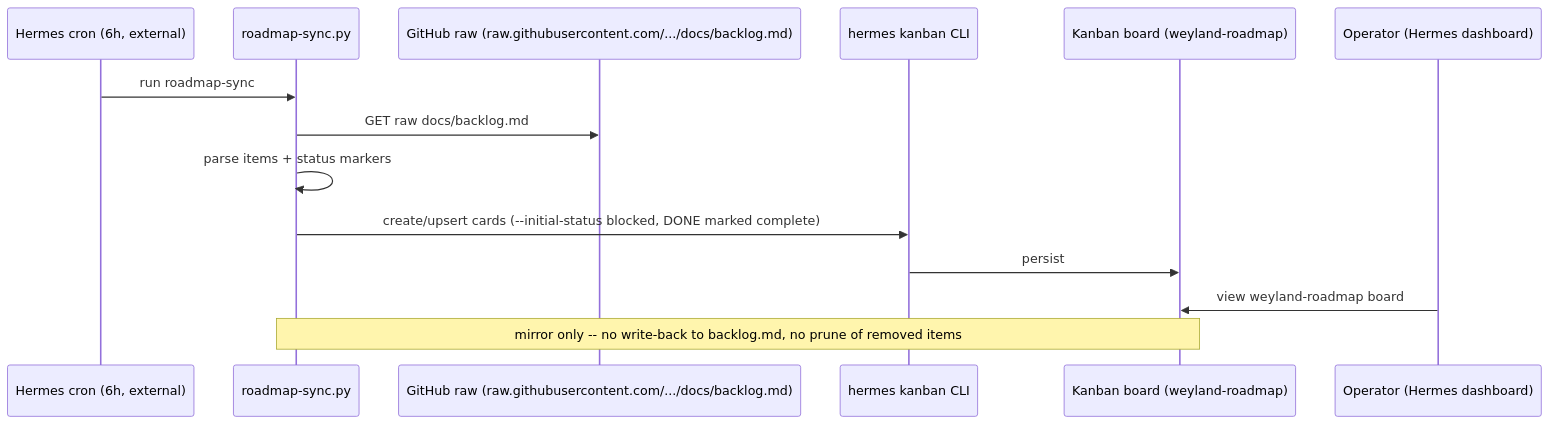
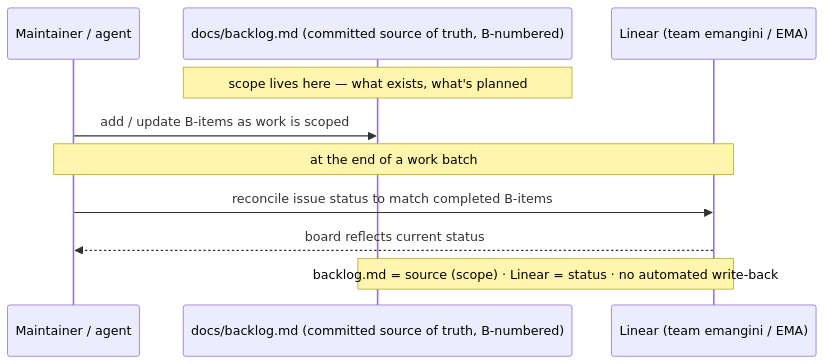
One commit to edtbl76/weyland-lab changed the diagram in docs/diagrams/flow-roadmap-sync.md. Above: the diagram before and after it, drawn with Mermaid. The commit also changed other lines of this file and 14 other files, not shown here.

Commit message:
Route all LiteLLM hosted lanes through Bifrost for consistent provider egress, add per-VK attribution, and update diagrams and docs for new architecture.

````diff
--- a/docs/diagrams/flow-roadmap-sync.md
+++ b/docs/diagrams/flow-roadmap-sync.md
@@ -10,16 +8,12 @@
 ```mermaid
 sequenceDiagram
-    participant Cron as Hermes cron (6h, external)
-    participant RS as roadmap-sync.py
-    participant GH as GitHub raw (raw.githubusercontent.com/.../docs/backlog.md)
-    participant CLI as hermes kanban CLI
-    participant KB as Kanban board (weyland-roadmap)
-    participant U as Operator (Hermes dashboard)
-    Cron->>RS: run roadmap-sync
-    RS->>GH: GET raw docs/backlog.md
-    RS->>RS: parse items + status markers
-    RS->>CLI: create/upsert cards (--initial-status blocked, DONE marked complete)
-    CLI->>KB: persist
-    U->>KB: view weyland-roadmap board
-    Note over RS,KB: mirror only -- no write-back to backlog.md, no prune of removed items
+    participant Dev as Maintainer / agent
+    participant BL as docs/backlog.md (committed source of truth, B-numbered)
+    participant LN as Linear (team emangini / EMA)
+    Note over BL: scope lives here — what exists, what's planned
+    Dev->>BL: add / update B-items as work is scoped
+    Note over Dev,LN: at the end of a work batch
+    Dev->>LN: reconcile issue status to match completed B-items
+    LN-->>Dev: board reflects current status
+    Note over BL,LN: backlog.md = source (scope) · Linear = status · no automated write-back
 ```
````
